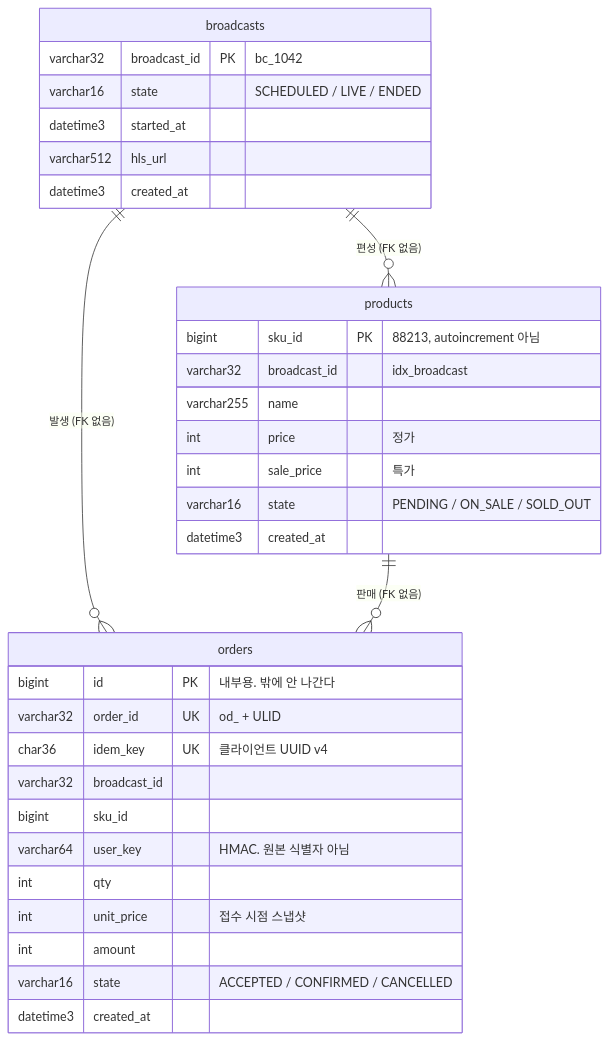
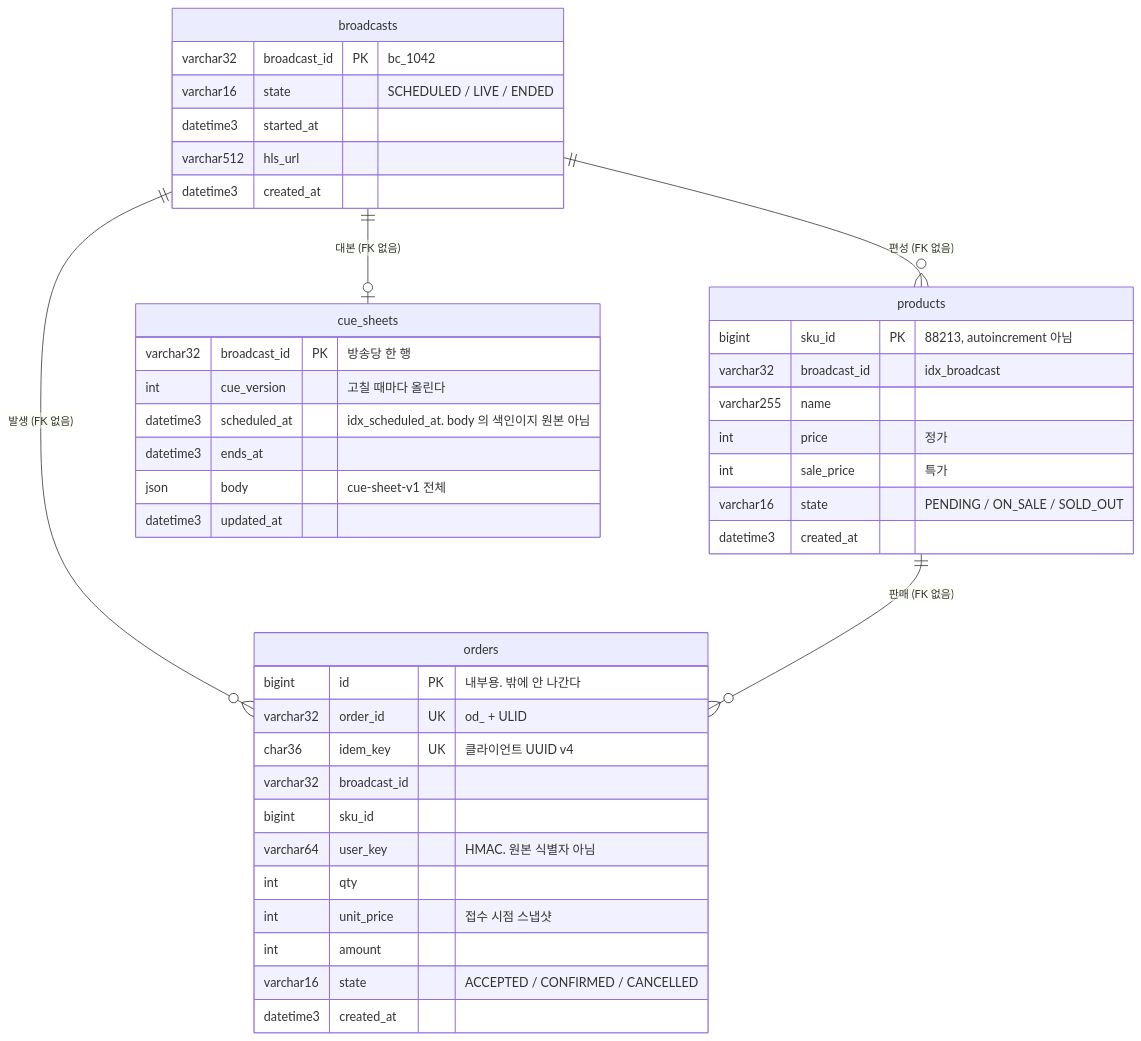
One commit to CJ-Only-One/O2-live-ai-ops changed the diagram in docs/schema.md. Above: the diagram before and after it, drawn with Mermaid. The commit also changed other lines of this file and 19 other files, not shown here.

````diff
--- a/docs/schema.md
+++ b/docs/schema.md
@@ -47,36 +48,45 @@
 ```mermaid
 erDiagram
-    broadcasts ||--o{ products : "편성 (FK 없음)"
-    broadcasts ||--o{ orders   : "발생 (FK 없음)"
-    products   ||--o{ orders   : "판매 (FK 없음)"
+    broadcasts ||--o{ products   : "편성 (FK 없음)"
+    broadcasts ||--o{ orders     : "발생 (FK 없음)"
+    broadcasts ||--o| cue_sheets : "대본 (FK 없음)"
+    products   ||--o{ orders     : "판매 (FK 없음)"
 
     broadcasts {
         varchar32  broadcast_id PK "bc_1042"
         varchar16  state           "SCHEDULED / LIVE / ENDED"
         datetime3  started_at
         varchar512 hls_url
         datetime3  created_at
     }
     products {
         bigint    sku_id      PK "88213, autoincrement 아님"
         varchar32 broadcast_id   "idx_broadcast"
         varchar255 name
         int       price          "정가"
         int       sale_price     "특가"
         varchar16 state          "PENDING / ON_SALE / SOLD_OUT"
         datetime3 created_at
     }
+    cue_sheets {
+        varchar32 broadcast_id PK "방송당 한 행"
+        int       cue_version     "고칠 때마다 올린다"
+        datetime3 scheduled_at    "idx_scheduled_at. body 의 색인이지 원본 아님"
+        datetime3 ends_at
+        json      body            "cue-sheet-v1 전체"
+        datetime3 updated_at
+    }
     orders {
         bigint    id       PK "내부용. 밖에 안 나간다"
         varchar32 order_id UK "od_ + ULID"
         char36    idem_key UK "클라이언트 UUID v4"
         varchar32 broadcast_id
         bigint    sku_id
         varchar64 user_key   "HMAC. 원본 식별자 아님"
         int       qty
         int       unit_price "접수 시점 스냅샷"
         int       amount
         varchar16 state      "ACCEPTED / CONFIRMED / CANCELLED"
         datetime3 created_at
     }
 ```
````
